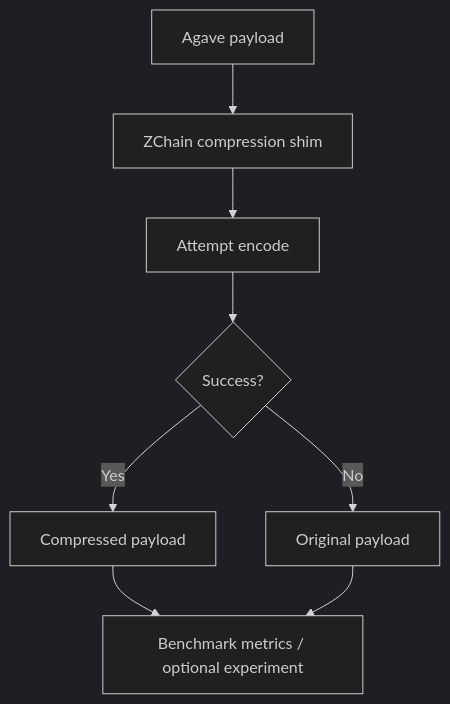
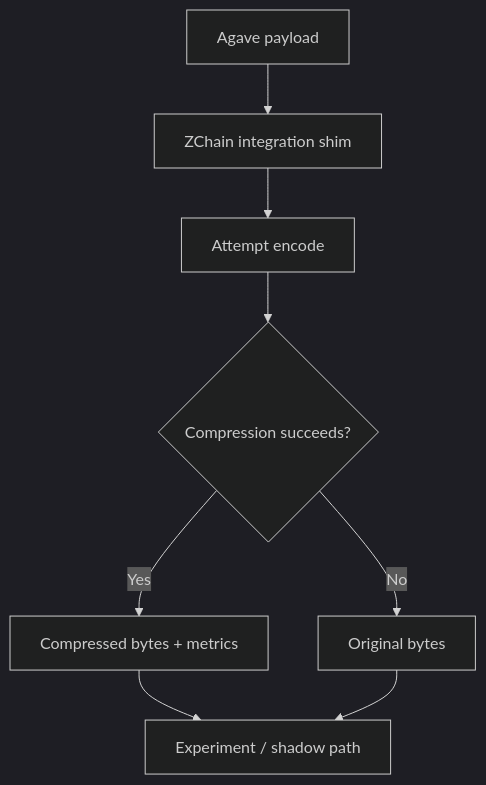
One commit to Zetako-Compression-Lab/blockchain changed the first of 2 diagrams in docs/AGAVE_INTEGRATION.md. Above: the diagram before and after it, drawn with Mermaid (dark theme). The commit also changed other lines of this file and 14 other files, not shown here.

````diff
--- a/docs/AGAVE_INTEGRATION.md
+++ b/docs/AGAVE_INTEGRATION.md
@@ -22,10 +38,10 @@
 ```mermaid
 flowchart TD
-    A[Agave payload] --> B[ZChain compression shim]
+    A[Agave payload] --> B[ZChain integration shim]
     B --> C[Attempt encode]
-    C --> D{Success?}
-    D -->|Yes| E[Compressed payload]
-    D -->|No| F[Original payload]
-    E --> G[Benchmark metrics / optional experiment]
+    C --> D{Compression succeeds?}
+    D -->|Yes| E[Compressed bytes + metrics]
+    D -->|No| F[Original bytes]
+    E --> G[Experiment / shadow path]
     F --> G
 ```
````
